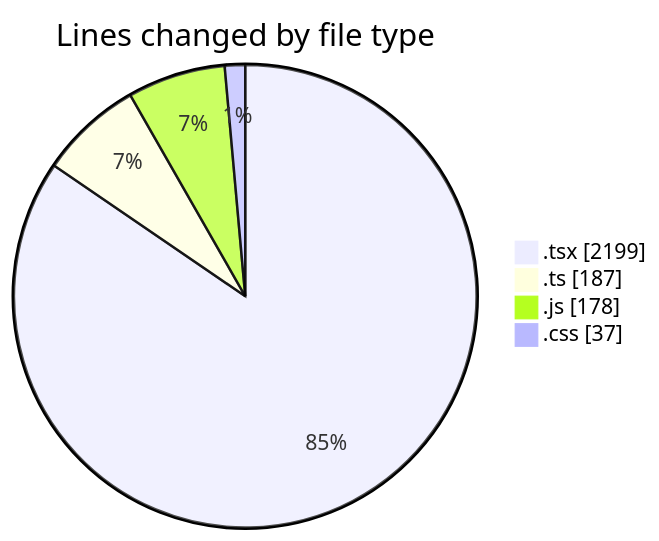
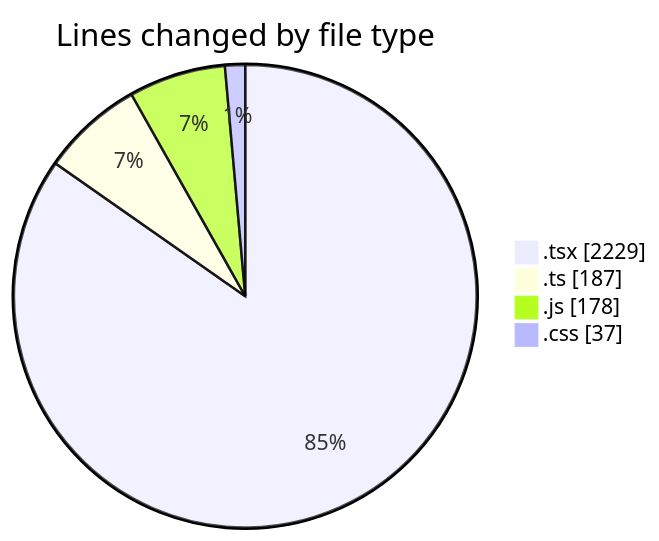
Before and after one commit to robertbonfada/code-tracking: the first of 2 diagrams in 2025-02-03/mbc-web/README.md, drawn with Mermaid. The commit also changed other lines of this file and 1 other file, not shown here.

````diff
--- a/2025-02-03/mbc-web/README.md
+++ b/2025-02-03/mbc-web/README.md
@@ -33,8 +33,8 @@
 ```mermaid
 pie showData
 title Lines changed by file type
-".tsx" : 2199
+".tsx" : 2229
 ".ts" : 187
 ".js" : 178
 ".css" : 37
 ```
````
